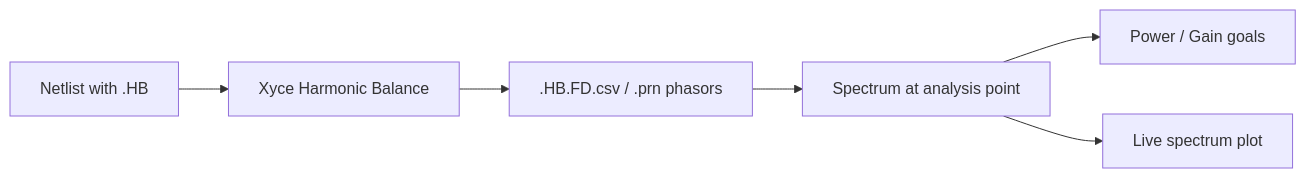
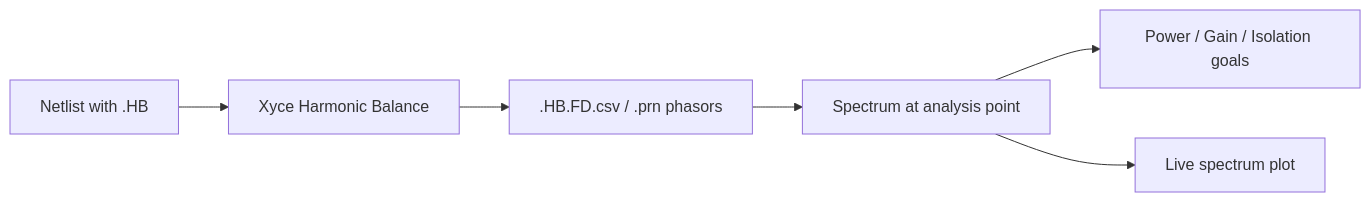
The diagram in docs/advanced/harmonic-balance.md (DI-PASSIONATE/COBRA), drawn with Mermaid before and after one commit. The commit also changed other lines of this file and 1 other file, not shown here.

Commit message:
Isolation documentation entry

````diff
--- a/docs/advanced/harmonic-balance.md
+++ b/docs/advanced/harmonic-balance.md
@@ -7,8 +7,8 @@
 ```mermaid
 flowchart LR
     A[Netlist with .HB] --> B[Xyce Harmonic Balance]
     B --> C[.HB.FD.csv / .prn phasors]
     C --> D[Spectrum at analysis point]
-    D --> E[Power / Gain goals]
+    D --> E[Power / Gain / Isolation goals]
     D --> F[Live spectrum plot]
 ```
````
